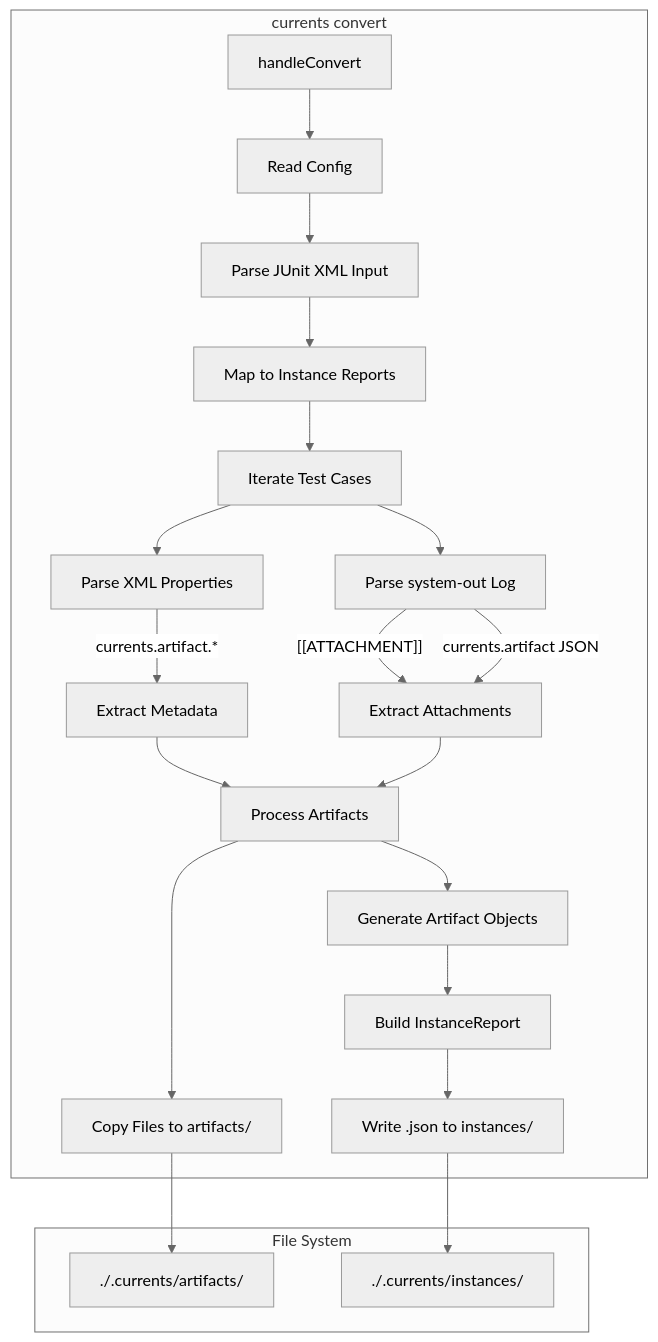
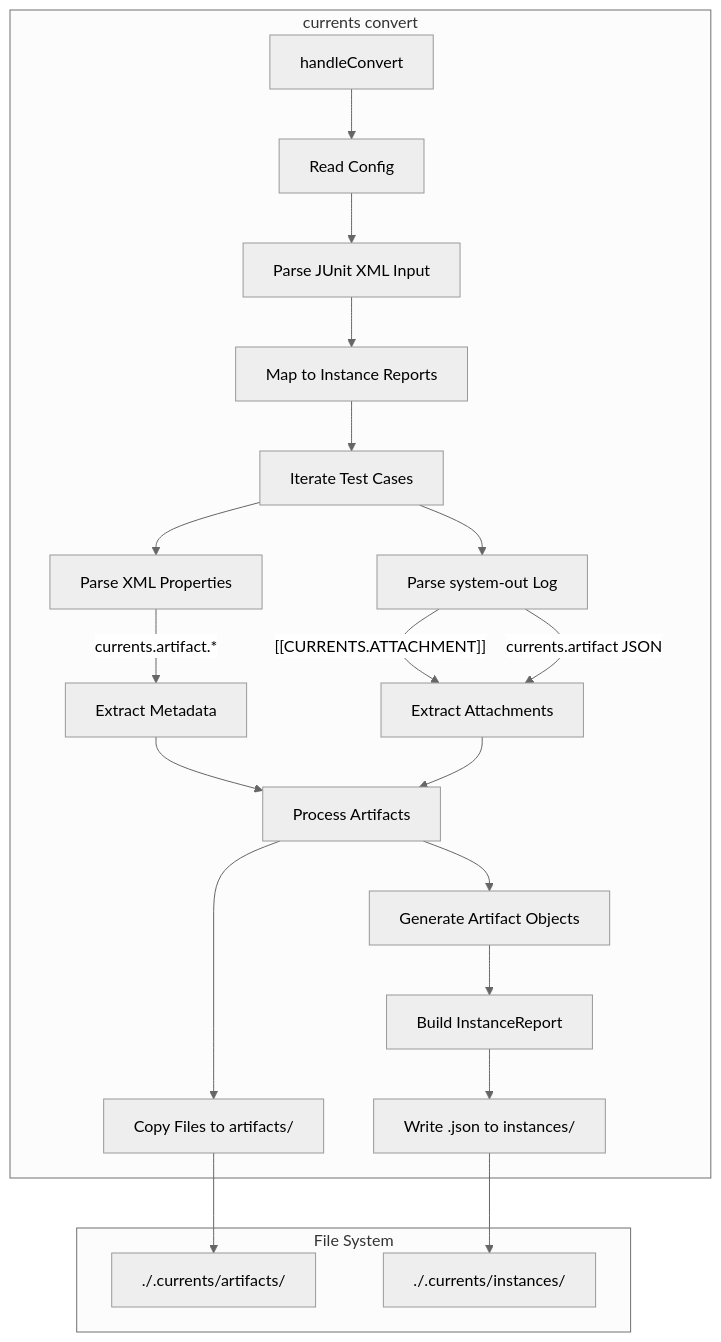
Before and after one commit to currents-dev/currents-reporter: the second of 3 diagrams in docs/artifact-workflow.md, drawn with Mermaid (neutral theme). The commit also changed 1 other file, not shown here.

Commit message:
chore: add comment, fix prefix

````diff
--- a/docs/artifact-workflow.md
+++ b/docs/artifact-workflow.md
@@ -272,30 +272,30 @@
 ```mermaid
 flowchart TD
     subgraph CLI["currents convert"]
         Start["handleConvert"] --> Config["Read Config"]
         Config --> ParseXML["Parse JUnit XML Input"]
         ParseXML --> Map["Map to Instance Reports"]
         
         Map --> LoopTests["Iterate Test Cases"]
         
         LoopTests --> ParseProps["Parse XML Properties"]
         ParseProps -- "currents.artifact.*" --> ExtractMeta["Extract Metadata"]
         
         LoopTests --> ParseLogs["Parse system-out Log"]
-        ParseLogs -- "[[ATTACHMENT]]" --> ExtractLogAtt["Extract Attachments"]
+        ParseLogs -- "[[CURRENTS.ATTACHMENT]]" --> ExtractLogAtt["Extract Attachments"]
         ParseLogs -- "currents.artifact JSON" --> ExtractLogAtt
         
         ExtractMeta & ExtractLogAtt --> ProcessArt["Process Artifacts"]
         
         ProcessArt --> CopyFiles["Copy Files to artifacts/"]
         ProcessArt --> GenMeta["Generate Artifact Objects"]
         
         GenMeta --> BuildRep["Build InstanceReport"]
         BuildRep --> WriteJSON["Write .json to instances/"]
     end
 
     subgraph FS["File System"]
         CopyFiles --> DiskArt["./.currents/artifacts/"]
         WriteJSON --> DiskInst["./.currents/instances/"]
     end
 ```
````
